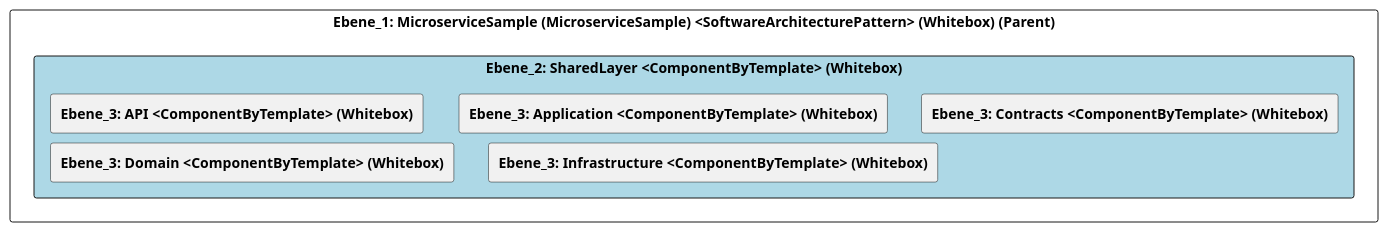
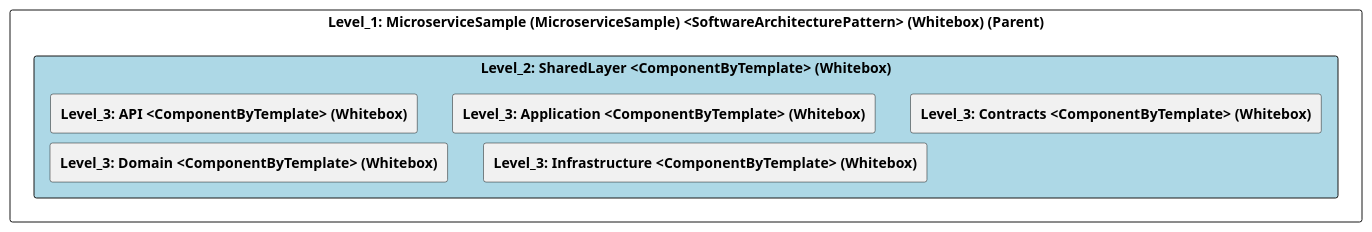
The diagram in src/cleon.architecturemethods.arc42.sample/doc/cleon_architecturemethods_arc42_sample_software_microservice/adoc/en/05_building_block_view/microservicesample/sharedlayer/level_2_sharedlayer.adoc (marcozwyssig/cleon), drawn with PlantUML before and after one commit. The commit also changed other lines of this file and 83 other files, not shown here.

```diff
--- a/src/cleon.architecturemethods.arc42.sample/doc/cleon_architecturemethods_arc42_sample_software_microservice/adoc/en/05_building_block_view/microservicesample/sharedlayer/level_2_sharedlayer.adoc
+++ b/src/cleon.architecturemethods.arc42.sample/doc/cleon_architecturemethods_arc42_sample_software_microservice/adoc/en/05_building_block_view/microservicesample/sharedlayer/level_2_sharedlayer.adoc
@@ -24,28 +24,28 @@
-[plantuml, Ebene_2: SharedLayer <ComponentByTemplate> (Whitebox)BlockOverview, format="svg"]
+[plantuml, Level_2: SharedLayer <ComponentByTemplate> (Whitebox)BlockOverview, format="svg"]
 ----
-@startuml Ebene_2: SharedLayer <ComponentByTemplate> (Whitebox)BuildingBlockOverview
+@startuml Level_2: SharedLayer <ComponentByTemplate> (Whitebox)BuildingBlockOverview
 
 skinparam ranksep 10
 skinparam componentStyle rectangle
 skinparam shadowing false
 skinparam arrowColor lightblue
 skinparam arrowThickness 1.2
 skinparam rectangle {
   BackgroundColor White
   BorderColor #333
   RoundCorner 10
 }
 top to bottom direction
 
-component "Ebene_1: MicroserviceSample (MicroserviceSample) <SoftwareArchitecturePattern> (Whitebox) (Parent)" {
-    component "Ebene_2: SharedLayer <ComponentByTemplate> (Whitebox)" #lightblue {
-        [**Ebene_3: API <ComponentByTemplate> (Whitebox)**] as 12847300_E669_11F0_800C_DD3EB2BB2FEF
-        [**Ebene_3: Application <ComponentByTemplate> (Whitebox)**] as 12847303_E669_11F0_800C_DD3EB2BB2FEF
-        [**Ebene_3: Contracts <ComponentByTemplate> (Whitebox)**] as 12847302_E669_11F0_800C_DD3EB2BB2FEF
-        [**Ebene_3: Domain <ComponentByTemplate> (Whitebox)**] as 12847301_E669_11F0_800C_DD3EB2BB2FEF
-        [**Ebene_3: Infrastructure <ComponentByTemplate> (Whitebox)**] as 12847304_E669_11F0_800C_DD3EB2BB2FEF
+component "Level_1: MicroserviceSample (MicroserviceSample) <SoftwareArchitecturePattern> (Whitebox) (Parent)" {
+    component "Level_2: SharedLayer <ComponentByTemplate> (Whitebox)" #lightblue {
+        [**Level_3: API <ComponentByTemplate> (Whitebox)**] as 12847300_E669_11F0_800C_DD3EB2BB2FEF
+        [**Level_3: Application <ComponentByTemplate> (Whitebox)**] as 12847303_E669_11F0_800C_DD3EB2BB2FEF
+        [**Level_3: Contracts <ComponentByTemplate> (Whitebox)**] as 12847302_E669_11F0_800C_DD3EB2BB2FEF
+        [**Level_3: Domain <ComponentByTemplate> (Whitebox)**] as 12847301_E669_11F0_800C_DD3EB2BB2FEF
+        [**Level_3: Infrastructure <ComponentByTemplate> (Whitebox)**] as 12847304_E669_11F0_800C_DD3EB2BB2FEF
     }
 }
 
 @enduml
 ----
```
